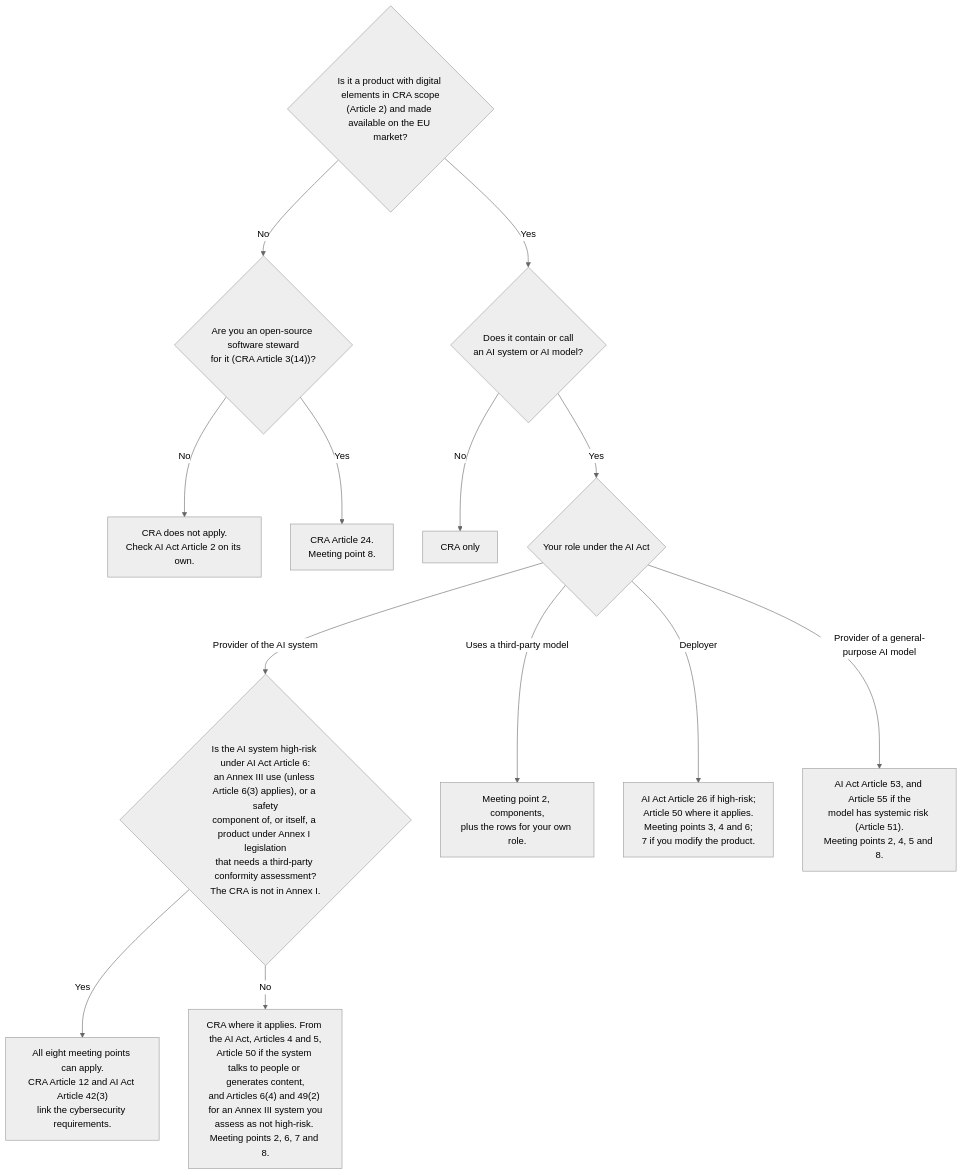
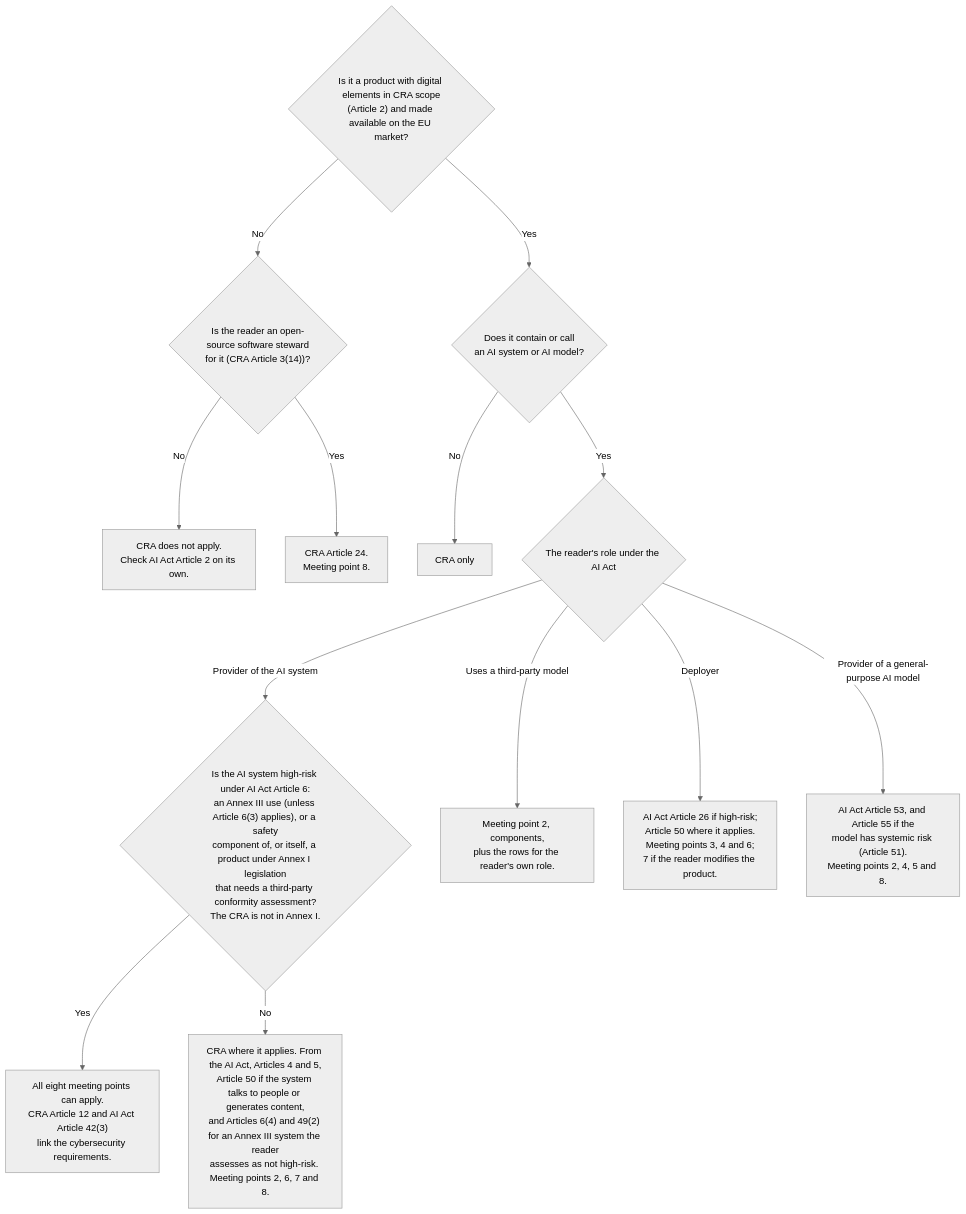
The diagram in ai-policy-and-compliance-sig/whitepapers/ai-act-and-cra.md (orcwg/orcwg), drawn with Mermaid (neutral theme) before and after one commit. The commit also changed other lines of this file, not shown here.

````diff
--- a/ai-policy-and-compliance-sig/whitepapers/ai-act-and-cra.md
+++ b/ai-policy-and-compliance-sig/whitepapers/ai-act-and-cra.md
@@ -81,29 +81,29 @@
 ```mermaid
 flowchart TD
     pde{"Is it a product with digital elements in CRA scope<br/>(Article 2) and made available on the EU market?"}
-    steward{"Are you an open-source software steward<br/>for it (CRA Article 3(14))?"}
+    steward{"Is the reader an open-source software steward<br/>for it (CRA Article 3(14))?"}
     noCRA["CRA does not apply.<br/>Check AI Act Article 2 on its own."]
     stewardMP["CRA Article 24.<br/>Meeting point 8."]
     ai{"Does it contain or call<br/>an AI system or AI model?"}
     craonly["CRA only"]
-    role{"Your role under the AI Act"}
+    role{"The reader's role under the AI Act"}
     provider{"Is the AI system high-risk under AI Act Article 6:<br/>an Annex III use (unless Article 6(3) applies), or a safety<br/>component of, or itself, a product under Annex I legislation<br/>that needs a third-party conformity assessment?<br/>The CRA is not in Annex I."}
     hr["All eight meeting points can apply.<br/>CRA Article 12 and AI Act Article 42(3)<br/>link the cybersecurity requirements."]
-    nothr["CRA where it applies. From the AI Act, Articles 4 and 5,<br/>Article 50 if the system talks to people or generates content,<br/>and Articles 6(4) and 49(2) for an Annex III system you<br/>assess as not high-risk. Meeting points 2, 6, 7 and 8."]
-    integrator["Meeting point 2, components,<br/>plus the rows for your own role."]
-    deployer["AI Act Article 26 if high-risk;<br/>Article 50 where it applies.<br/>Meeting points 3, 4 and 6;<br/>7 if you modify the product."]
+    nothr["CRA where it applies. From the AI Act, Articles 4 and 5,<br/>Article 50 if the system talks to people or generates content,<br/>and Articles 6(4) and 49(2) for an Annex III system the reader<br/>assesses as not high-risk. Meeting points 2, 6, 7 and 8."]
+    integrator["Meeting point 2, components,<br/>plus the rows for the reader's own role."]
+    deployer["AI Act Article 26 if high-risk;<br/>Article 50 where it applies.<br/>Meeting points 3, 4 and 6;<br/>7 if the reader modifies the product."]
     gpai["AI Act Article 53, and Article 55 if the<br/>model has systemic risk (Article 51).<br/>Meeting points 2, 4, 5 and 8."]
 
     pde -- No --> steward
     steward -- No --> noCRA
     steward -- Yes --> stewardMP
     pde -- Yes --> ai
     ai -- No --> craonly
     ai -- Yes --> role
     role -- "Provider of the AI system" --> provider
     provider -- Yes --> hr
     provider -- No --> nothr
     role -- "Uses a third-party model" --> integrator
     role -- Deployer --> deployer
     role -- "Provider of a general-purpose AI model" --> gpai
 ```
````
